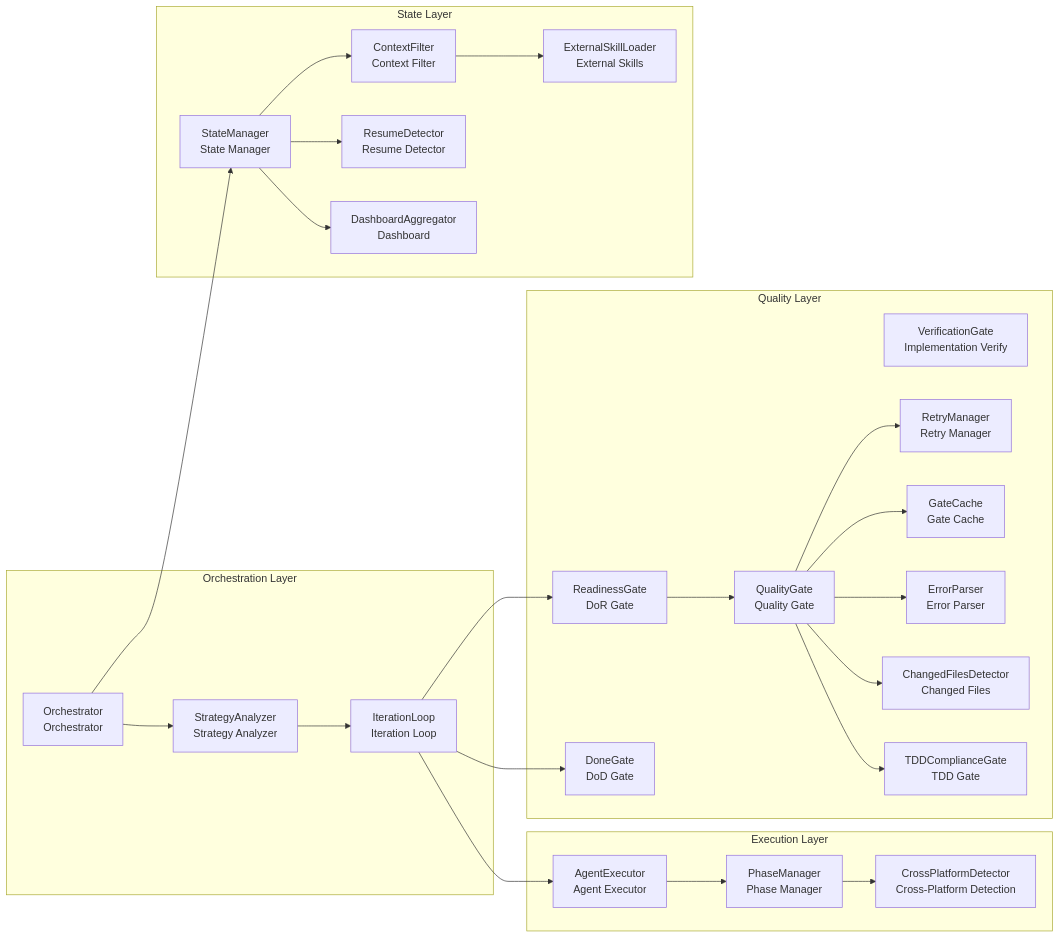
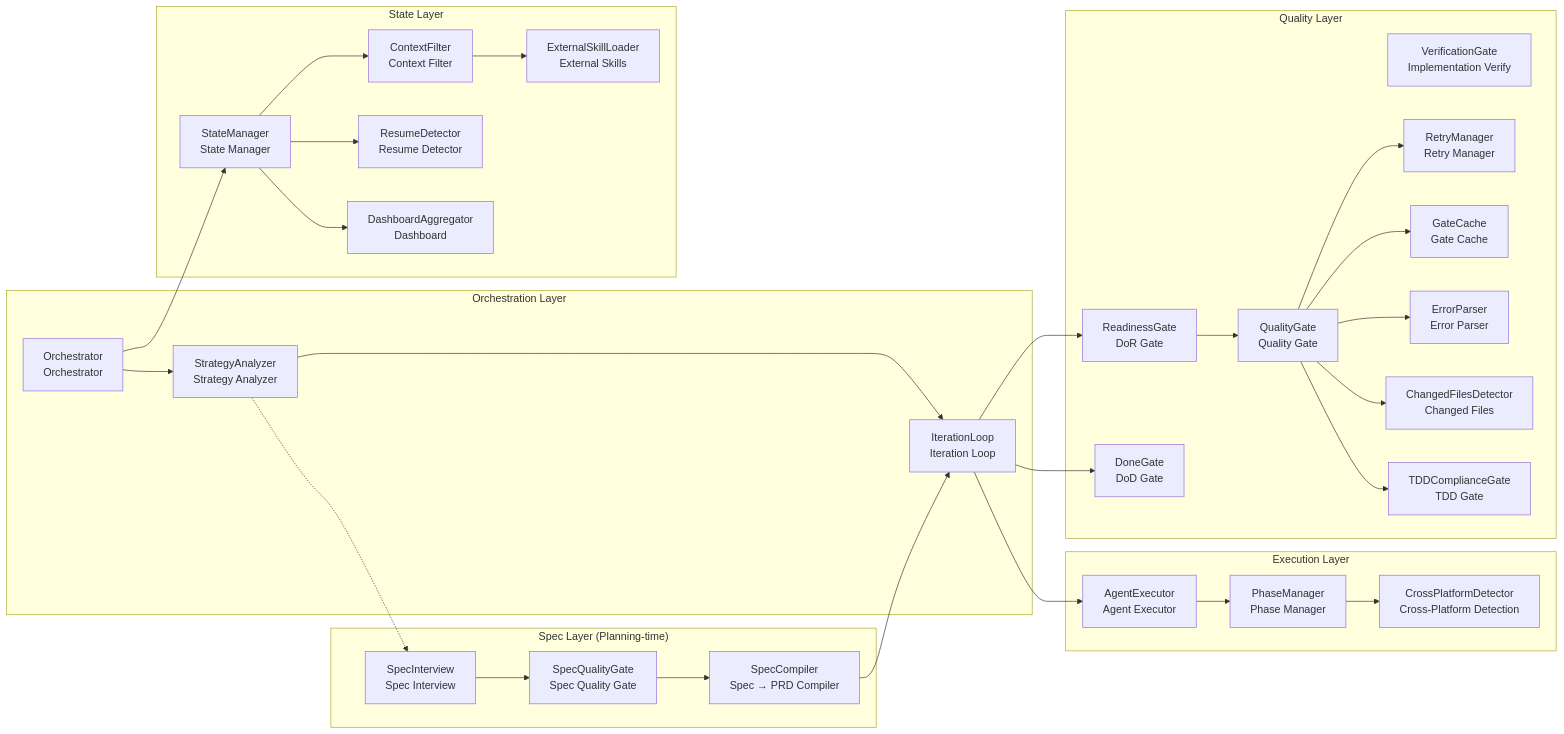
One commit to Taoidle/plan-cascade changed the second of 19 diagrams in docs/System-Architecture.md. Above: the diagram before and after it, drawn with Mermaid. The commit also changed other lines of this file and 47 other files, not shown here.

Commit message:
feat: spec interview workflow + plugin docs

````diff
--- a/docs/System-Architecture.md
+++ b/docs/System-Architecture.md
@@ -87,53 +96,63 @@
 ```mermaid
 graph LR
     subgraph "Orchestration Layer"
         O[Orchestrator<br/>Orchestrator]
         IL[IterationLoop<br/>Iteration Loop]
         SA[StrategyAnalyzer<br/>Strategy Analyzer]
+    end
+
+    subgraph "Spec Layer (Planning-time)"
+        SI[SpecInterview<br/>Spec Interview]
+        SQG[SpecQualityGate<br/>Spec Quality Gate]
+        SC[SpecCompiler<br/>Spec → PRD Compiler]
     end
 
     subgraph "Execution Layer"
         AE[AgentExecutor<br/>Agent Executor]
         PM[PhaseManager<br/>Phase Manager]
         CPD[CrossPlatformDetector<br/>Cross-Platform Detection]
     end
 
     subgraph "Quality Layer"
         QG[QualityGate<br/>Quality Gate]
         VG[VerificationGate<br/>Implementation Verify]
         RM[RetryManager<br/>Retry Manager]
         GC[GateCache<br/>Gate Cache]
         EP[ErrorParser<br/>Error Parser]
         CFD[ChangedFilesDetector<br/>Changed Files]
         DOR[ReadinessGate<br/>DoR Gate]
         DOD[DoneGate<br/>DoD Gate]
         TDD[TDDComplianceGate<br/>TDD Gate]
     end
 
     subgraph "State Layer"
         SM[StateManager<br/>State Manager]
         CF[ContextFilter<br/>Context Filter]
         ESL[ExternalSkillLoader<br/>External Skills]
         RD[ResumeDetector<br/>Resume Detector]
         DA[DashboardAggregator<br/>Dashboard]
     end
 
     O --> SA
     SA --> IL
+    SA -.-> SI
+    SI --> SQG
+    SQG --> SC
+    SC --> IL
     IL --> AE
     AE --> PM
     PM --> CPD
     IL --> DOR
     DOR --> QG
     QG --> RM
     QG --> GC
     QG --> EP
     QG --> CFD
     QG --> TDD
     IL --> DOD
     O --> SM
     SM --> CF
     SM --> RD
     SM --> DA
     CF --> ESL
 ```
````
